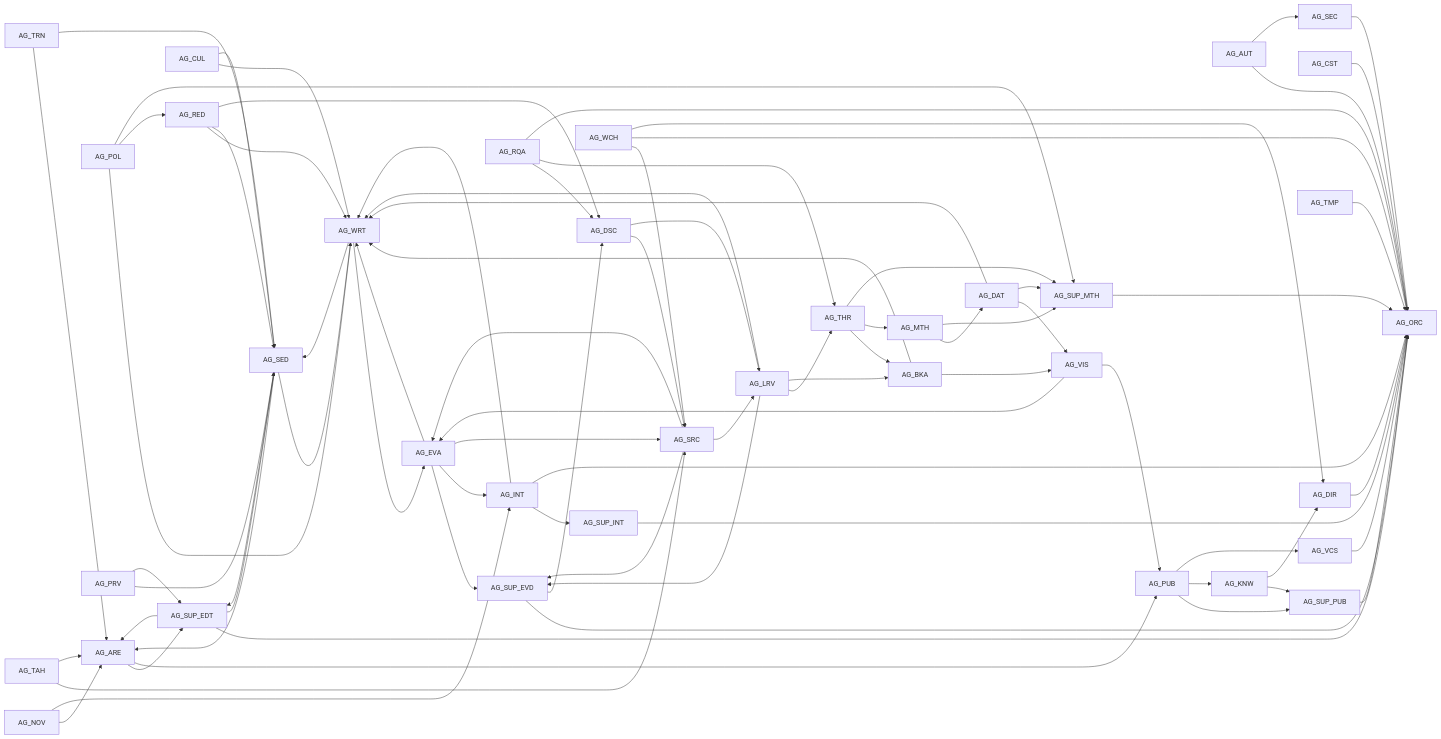
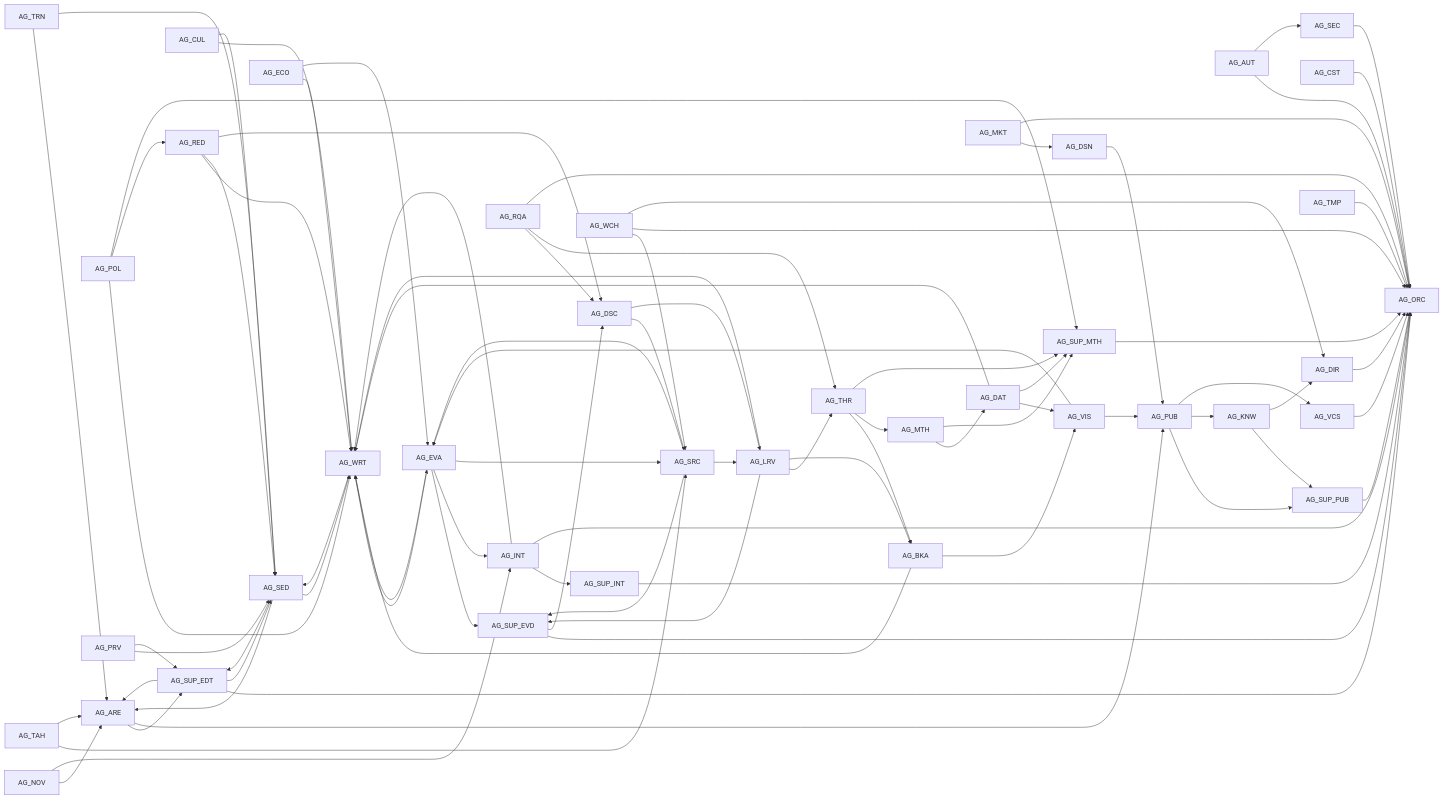
Before and after one commit to 7r425ypz9t-hue/researchdepart: the diagram in documentation/phase-2/handoff-matrix.md, drawn with Mermaid. The commit also changed other lines of this file and 125 other files, not shown here.

```diff
--- a/documentation/phase-2/handoff-matrix.md
+++ b/documentation/phase-2/handoff-matrix.md
@@ -59,6 +62,9 @@
   AG_DIR --> AG_ORC
   AG_DSC --> AG_SRC
   AG_DSC --> AG_LRV
+  AG_DSN --> AG_PUB
+  AG_ECO --> AG_WRT
+  AG_ECO --> AG_EVA
   AG_EVA --> AG_WRT
   AG_EVA --> AG_SUP_EVD
   AG_EVA --> AG_INT
@@ -72,6 +78,8 @@
   AG_LRV --> AG_BKA
   AG_LRV --> AG_SUP_EVD
   AG_LRV --> AG_WRT
+  AG_MKT --> AG_DSN
+  AG_MKT --> AG_ORC
   AG_MTH --> AG_DAT
   AG_MTH --> AG_SUP_MTH
   AG_NOV --> AG_ARE
```
